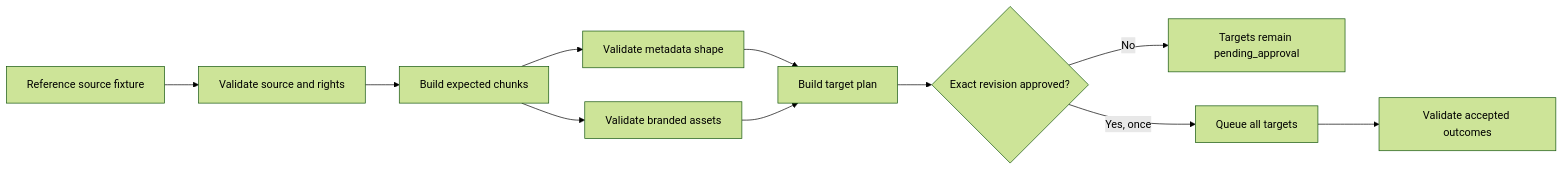
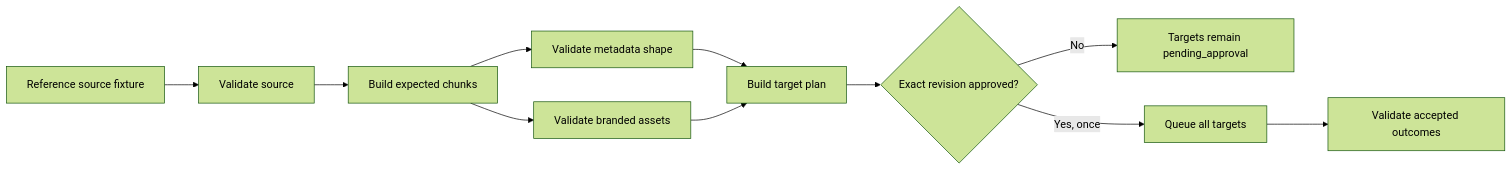
Before and after one commit to quyen244/free-scheduler: the first of 3 diagrams in features/pipeline_acceptance_contract/spec.md, drawn with Mermaid (forest theme). The commit also changed other lines of this file and 44 other files, not shown here.

````diff
--- a/features/pipeline_acceptance_contract/spec.md
+++ b/features/pipeline_acceptance_contract/spec.md
@@ -20,13 +20,13 @@
 ```mermaid
 flowchart LR
-    F[Reference source fixture] --> V[Validate source and rights]
+    F[Reference source fixture] --> V[Validate source]
     V --> C[Build expected chunks]
     C --> M[Validate metadata shape]
     C --> A[Validate branded assets]
     M --> P[Build target plan]
     A --> P
     P --> G{Exact revision approved?}
     G -->|No| H[Targets remain pending_approval]
     G -->|Yes, once| Q[Queue all targets]
     Q --> O[Validate accepted outcomes]
 ```
````
